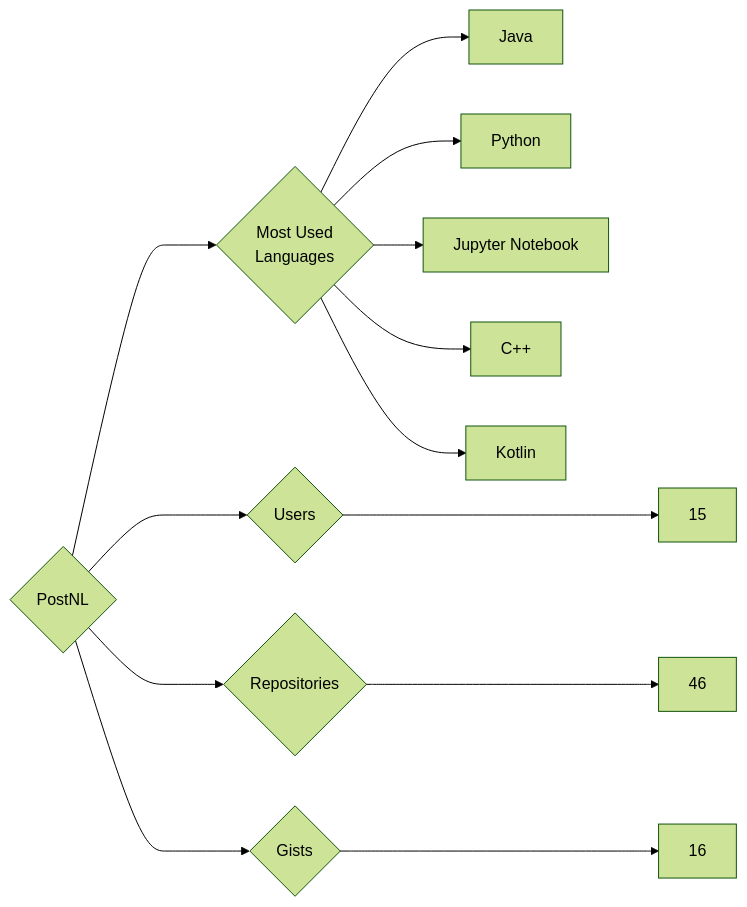
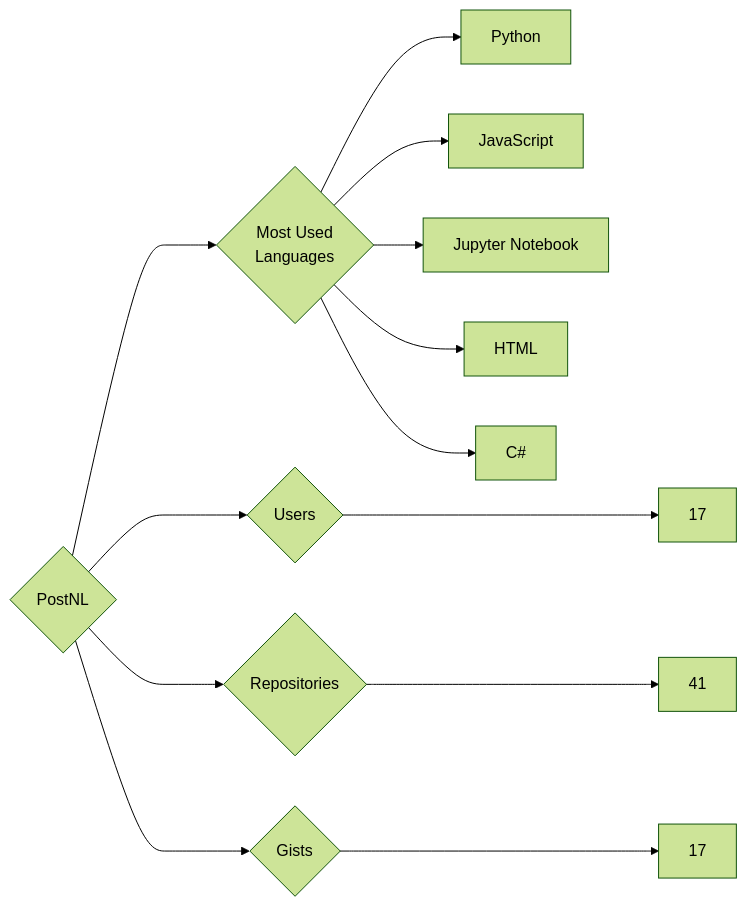
One commit to trickest/insiders changed the diagram in targets/PostNL/README.md. Above: the diagram before and after it, drawn with Mermaid (forest theme). The commit also changed 898 other files, not shown here.

````diff
--- a/targets/PostNL/README.md
+++ b/targets/PostNL/README.md
@@ -3,13 +3,13 @@
 ```mermaid
 graph LR
 COMPANY_NAME{PostNL}
-COMPANY_NAME ---> U{Users} ---> UN[15]
-COMPANY_NAME ---> R{Repositories} ---> RN[46]
-COMPANY_NAME ---> G{Gists} ---> GN[16]
+COMPANY_NAME ---> U{Users} ---> UN[17]
+COMPANY_NAME ---> R{Repositories} ---> RN[41]
+COMPANY_NAME ---> G{Gists} ---> GN[17]
 COMPANY_NAME ---> ML{Most Used<br>Languages}
-ML --> Java[Java]
 ML --> Python[Python]
+ML --> JavaScript[JavaScript]
 ML --> Jupyter_Notebook[Jupyter Notebook]
-ML --> C++[C++]
-ML --> Kotlin[Kotlin]
+ML --> HTML[HTML]
+ML --> C#[C#]
 ```
````
